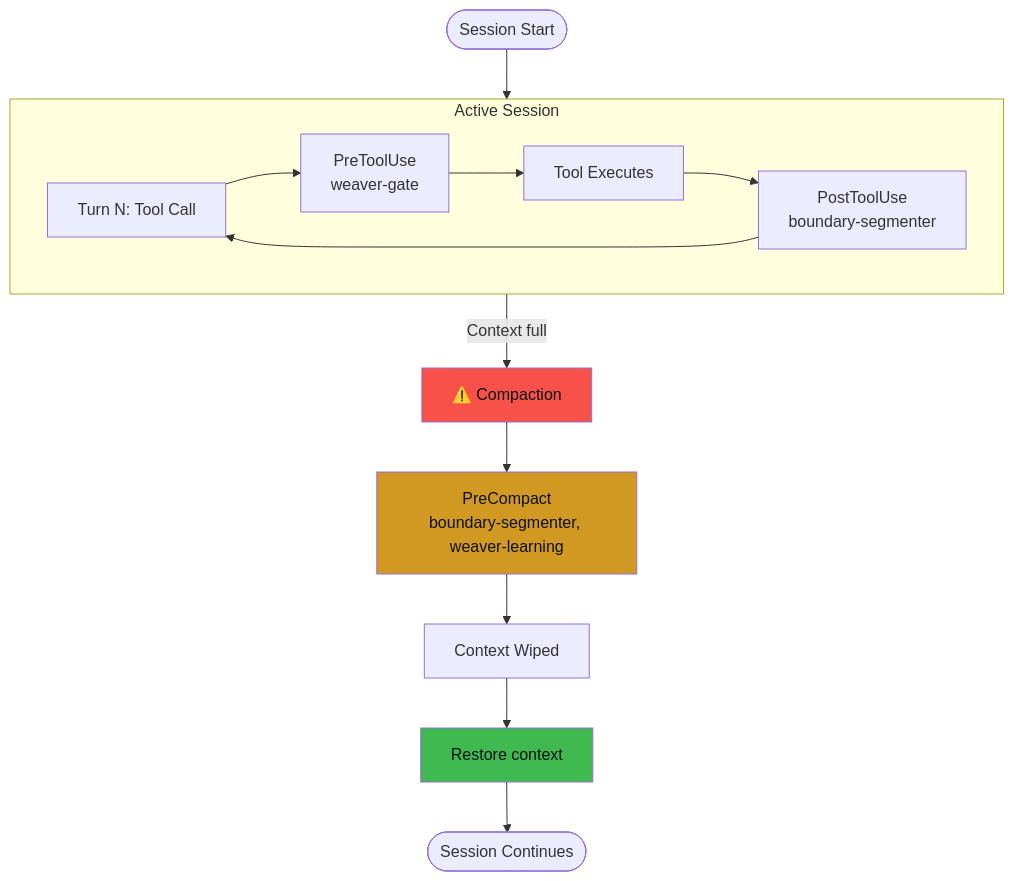
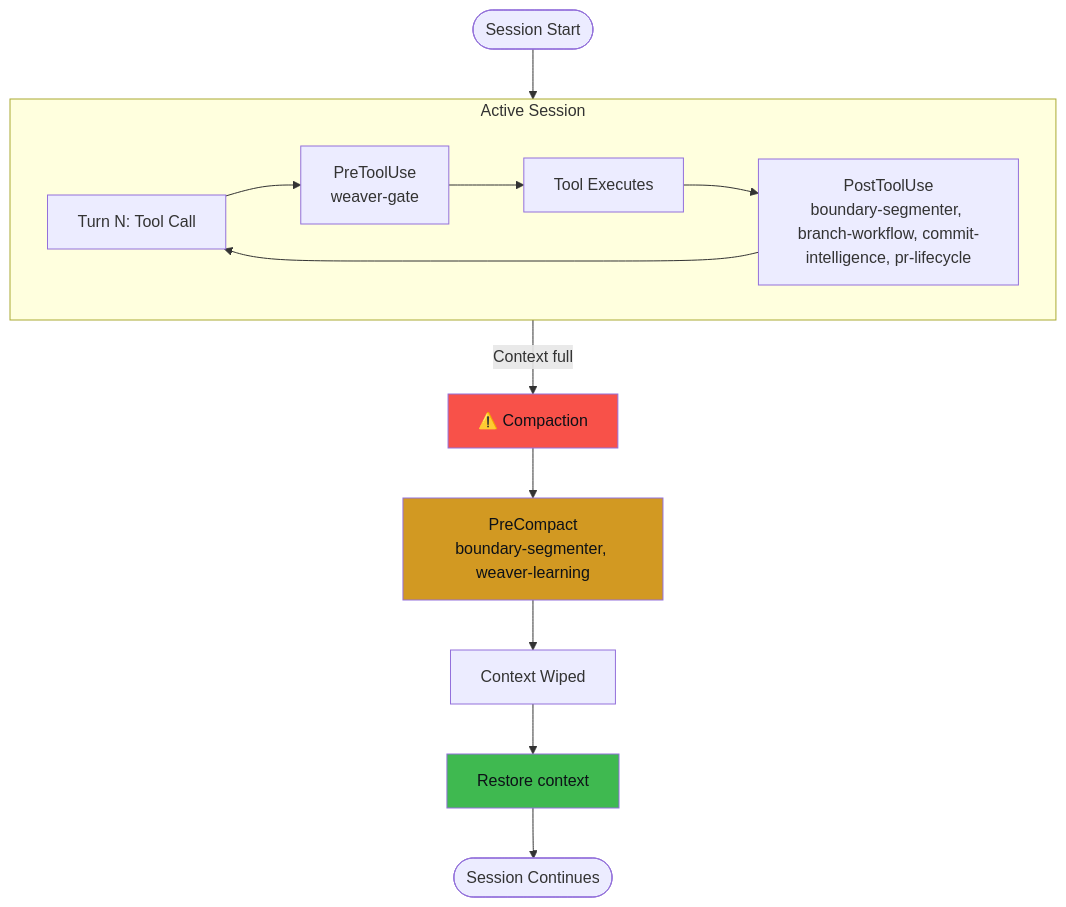
One commit to enchanted-plugins/weaver changed the diagram in docs/architecture/lifecycle.mmd. Above: the diagram before and after it, drawn with Mermaid. The commit also changed 20 other files, not shown here.

```diff
--- a/docs/architecture/lifecycle.mmd
+++ b/docs/architecture/lifecycle.mmd
@@ -1,17 +1,17 @@
 graph TD
     start(["Session Start"]) --> turns
     subgraph turns["Active Session"]
         t1["Turn N: Tool Call"]
         t1 --> pre["PreToolUse<br/>weaver-gate"]
         pre --> exec["Tool Executes"]
-        exec --> post["PostToolUse<br/>boundary-segmenter"]
+        exec --> post["PostToolUse<br/>boundary-segmenter, branch-workflow, commit-intelligence, pr-lifecycle"]
         post --> t1
     end
     turns -->|"Context full"| compact["⚠️ Compaction"]
     compact --> precompact["PreCompact<br/>boundary-segmenter, weaver-learning"]
     precompact --> wipe["Context Wiped"]
     wipe --> restore["Restore context"]
     restore --> resume(["Session Continues"])
     style compact fill:#f85149,color:#0d1117
     style precompact fill:#d29922,color:#0d1117
     style restore fill:#3fb950,color:#0d1117
```
